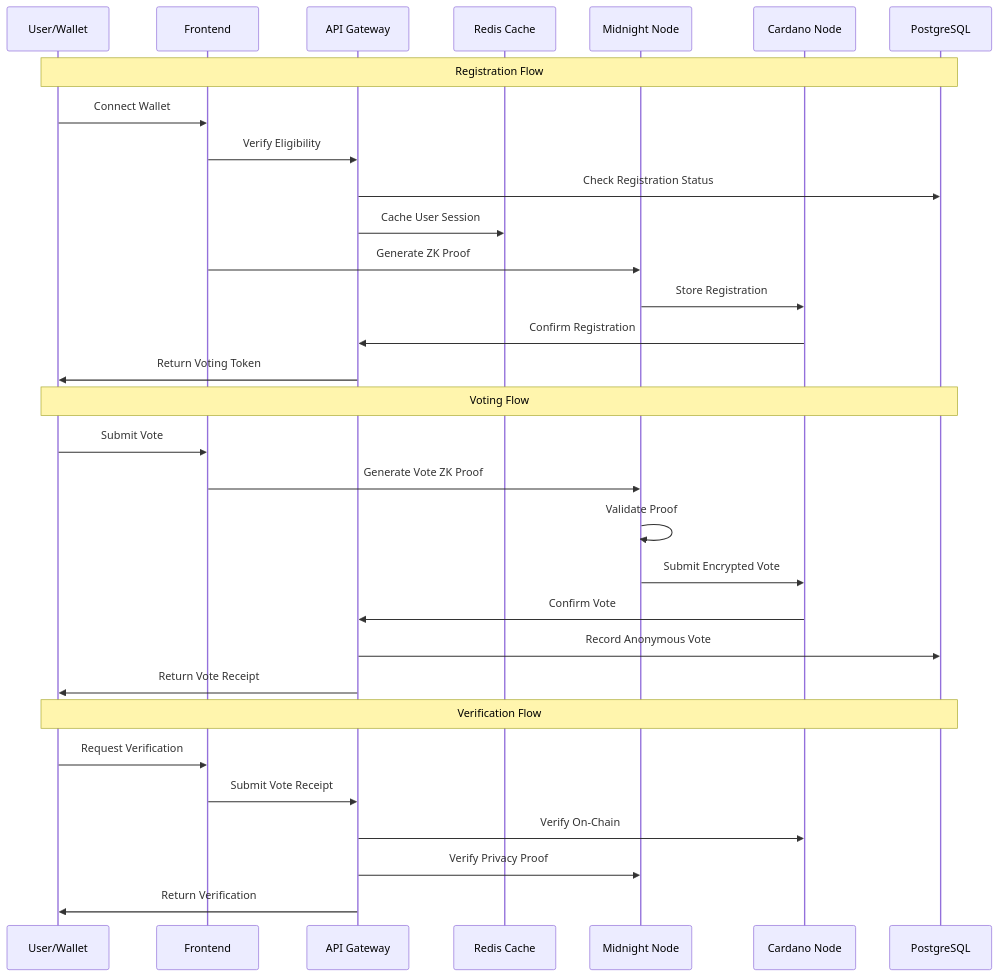
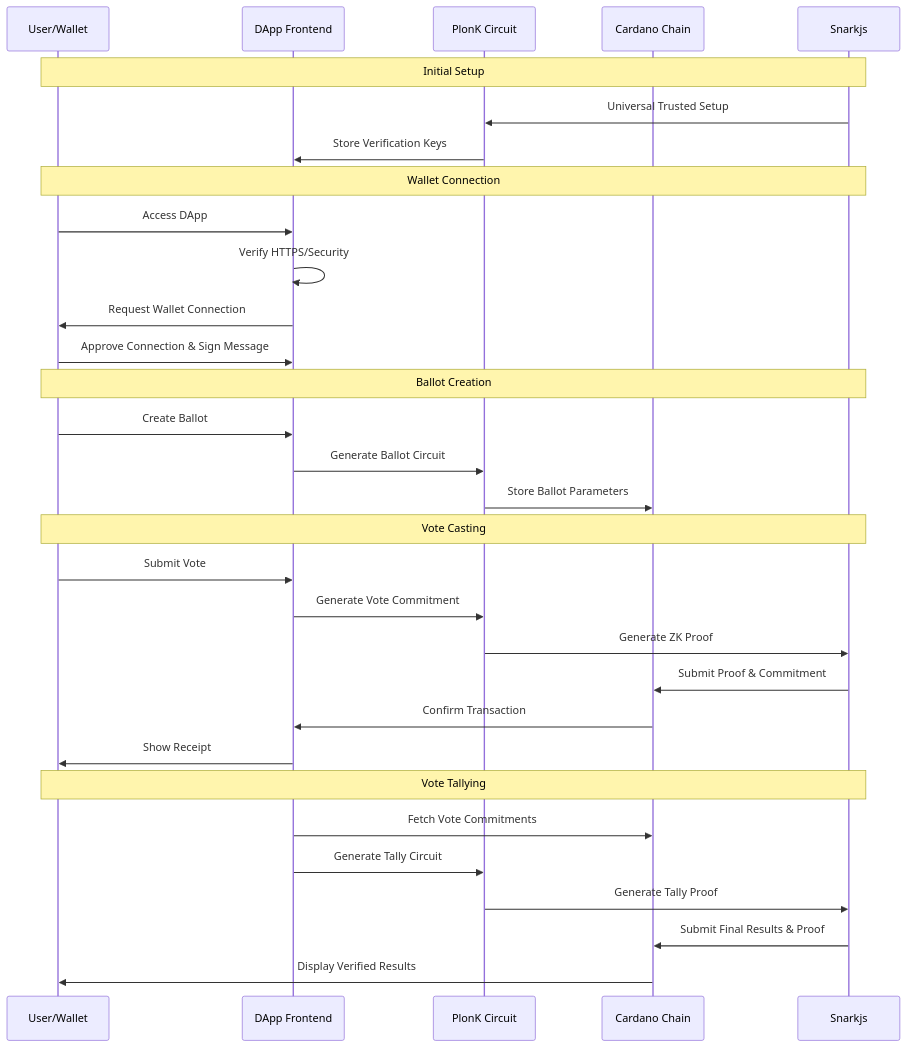
The diagram in voting-data-flow.mermaid (TrustLevel/ZK-Voting-Protocol), drawn with Mermaid before and after one commit.

```diff
--- a/voting-data-flow.mermaid
+++ b/voting-data-flow.mermaid
@@ -1,34 +1,36 @@
 sequenceDiagram
     participant U as User/Wallet
-    participant F as Frontend
-    participant A as API Gateway
-    participant R as Redis Cache
-    participant M as Midnight Node
-    participant C as Cardano Node
-    participant DB as PostgreSQL
+    participant D as DApp Frontend
+    participant P as PlonK Circuit
+    participant C as Cardano Chain
+    participant S as Snarkjs
     
-    Note over U,DB: Registration Flow
-    U->>F: Connect Wallet
-    F->>A: Verify Eligibility
-    A->>DB: Check Registration Status
-    A->>R: Cache User Session
-    F->>M: Generate ZK Proof
-    M->>C: Store Registration
-    C->>A: Confirm Registration
-    A->>U: Return Voting Token
+    note over U,S: Initial Setup
+    S->>P: Universal Trusted Setup
+    P->>D: Store Verification Keys
     
-    Note over U,DB: Voting Flow
-    U->>F: Submit Vote
-    F->>M: Generate Vote ZK Proof
-    M->>M: Validate Proof
-    M->>C: Submit Encrypted Vote
-    C->>A: Confirm Vote
-    A->>DB: Record Anonymous Vote
-    A->>U: Return Vote Receipt
+    note over U,S: Wallet Connection
+    U->>D: Access DApp
+    D->>D: Verify HTTPS/Security
+    D->>U: Request Wallet Connection
+    U->>D: Approve Connection & Sign Message
     
-    Note over U,DB: Verification Flow
-    U->>F: Request Verification
-    F->>A: Submit Vote Receipt
-    A->>C: Verify On-Chain
-    A->>M: Verify Privacy Proof
-    A->>U: Return Verification
+    note over U,S: Ballot Creation
+    U->>D: Create Ballot
+    D->>P: Generate Ballot Circuit
+    P->>C: Store Ballot Parameters
+    
+    note over U,S: Vote Casting
+    U->>D: Submit Vote
+    D->>P: Generate Vote Commitment
+    P->>S: Generate ZK Proof
+    S->>C: Submit Proof & Commitment
+    C->>D: Confirm Transaction
+    D->>U: Show Receipt
+    
+    note over U,S: Vote Tallying
+    D->>C: Fetch Vote Commitments
+    D->>P: Generate Tally Circuit
+    P->>S: Generate Tally Proof
+    S->>C: Submit Final Results & Proof
+    C->>U: Display Verified Results
```
